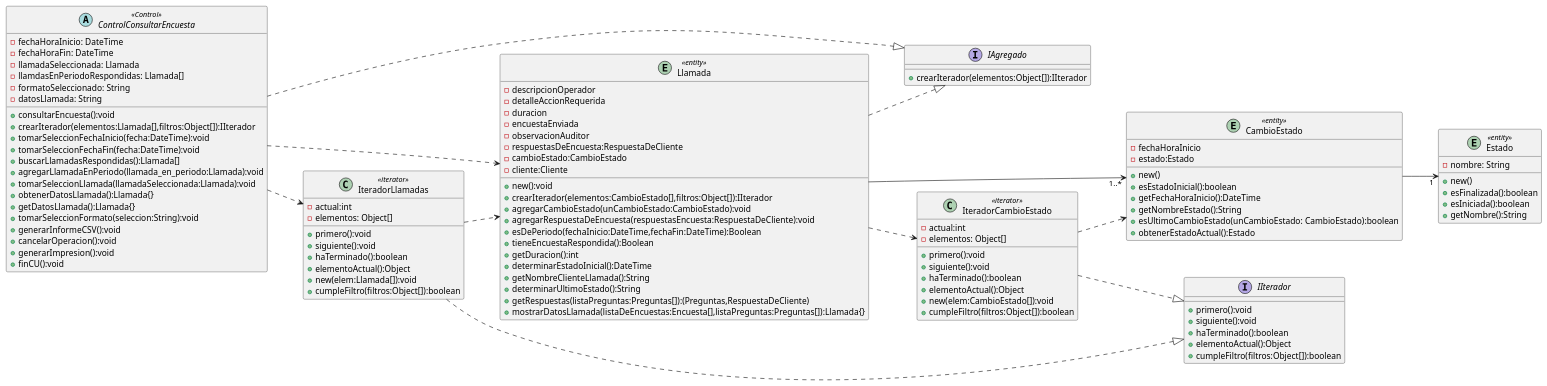
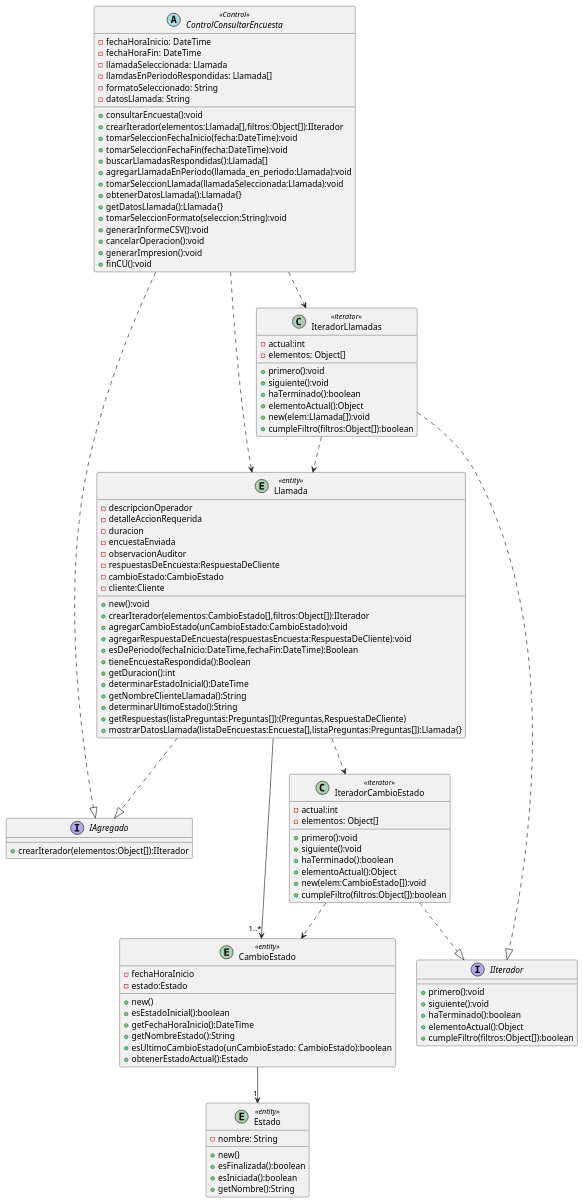
The diagram in PPAI/entrega3/cu44 classDiagram.puml (ReynaTeodoro/2023DSI), drawn with PlantUML before and after one commit. The commit also changed 2 other files, not shown here.

Commit message:
⬇️Diagrama Vertical

```diff
--- a/PPAI/entrega3/cu44 classDiagram.puml
+++ b/PPAI/entrega3/cu44 classDiagram.puml
@@ -1,126 +1,126 @@
 @startuml
-left to right direction
+
 entity CambioEstado <<entity>>{
 -fechaHoraInicio
 -estado:Estado
 
 +new()
 +esEstadoInicial():boolean
 +getFechaHoraInicio():DateTime
 +getNombreEstado():String
 +esUltimoCambioEstado(unCambioEstado: CambioEstado):boolean
 +obtenerEstadoActual():Estado
 }
 
 entity Estado <<entity>>{
 -nombre: String
 
 +new()
 +esFinalizada():boolean
 +esIniciada():boolean
 +getNombre():String
 }
 interface IAgregado{
     + crearIterador(elementos:Object[]):IIterador
 }
 
 interface IIterador{
     + primero():void
     + siguiente():void
     + haTerminado():boolean
     + elementoActual():Object
     + cumpleFiltro(filtros:Object[]):boolean
 }
 class IteradorLlamadas<<iterator>>{
   - actual:int
   - elementos: Object[]
 
   + primero():void
   + siguiente():void
   + haTerminado():boolean
   + elementoActual():Object
   + new(elem:Llamada[]):void
   + cumpleFiltro(filtros:Object[]):boolean
 }
 
 class IteradorCambioEstado<<iterator>>{
   - actual:int
   - elementos: Object[]
 
   + primero():void
   + siguiente():void
   + haTerminado():boolean
   + elementoActual():Object
   + new(elem:CambioEstado[]):void
   + cumpleFiltro(filtros:Object[]):boolean
 }
 
 
 entity Llamada <<entity>> {
 - descripcionOperador
 - detalleAccionRequerida
 -duracion
 -encuestaEnviada
 -observacionAuditor
 -respuestasDeEncuesta:RespuestaDeCliente
 -cambioEstado:CambioEstado
 -cliente:Cliente
 +new():void
 +crearIterador(elementos:CambioEstado[],filtros:Object[]):IIterador
 +agregarCambioEstado(unCambioEstado:CambioEstado):void
 +agregarRespuestaDeEncuesta(respuestasEncuesta:RespuestaDeCliente):void
 +esDePeriodo(fechaInicio:DateTime,fechaFin:DateTime):Boolean
 +tieneEncuestaRespondida():Boolean
 +getDuracion():int
 +determinarEstadoInicial():DateTime
 +getNombreClienteLlamada():String
 +determinarUltimoEstado():String
 +getRespuestas(listaPreguntas:Preguntas[]):(Preguntas,RespuestaDeCliente)
 +mostrarDatosLlamada(listaDeEncuestas:Encuesta[],listaPreguntas:Preguntas[]):Llamada{}
 
 }
 
 
 
 abstract ControlConsultarEncuesta<<Control>>{
 - fechaHoraInicio: DateTime
 - fechaHoraFin: DateTime
 - llamadaSeleccionada: Llamada
 - llamdasEnPeriodoRespondidas: Llamada[]
 - formatoSeleccionado: String
 - datosLlamada: String
 
 +consultarEncuesta():void
 +crearIterador(elementos:Llamada[],filtros:Object[]):IIterador
 +tomarSeleccionFechaInicio(fecha:DateTime):void
 +tomarSeleccionFechaFin(fecha:DateTime):void
 +buscarLlamadasRespondidas():Llamada[]
 +agregarLlamadaEnPeriodo(llamada_en_periodo:Llamada):void
 +tomarSeleccionLlamada(llamadaSeleccionada:Llamada):void
 +obtenerDatosLlamada():Llamada{}
 +getDatosLlamada():Llamada{}
 +tomarSeleccionFormato(seleccion:String):void
 +generarInformeCSV():void
 +cancelarOperacion():void
 +generarImpresion():void
 +finCU():void
 }
 CambioEstado-->"1"Estado
 IteradorLlamadas ..> Llamada
 IteradorCambioEstado ..> CambioEstado
 Llamada -->"1..*"CambioEstado
 
 
 
 IteradorLlamadas ..|> IIterador
 IteradorCambioEstado ..|> IIterador
 ControlConsultarEncuesta ..|> IAgregado
 Llamada ..|> IAgregado
 ControlConsultarEncuesta ..> IteradorLlamadas
 Llamada ..> IteradorCambioEstado
 
 ControlConsultarEncuesta ..> Llamada
 
 
 
 @enduml
```
